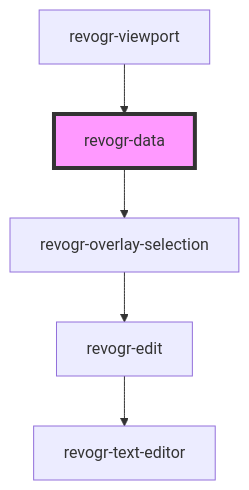
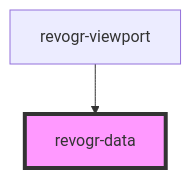
Before and after one commit to revolist/revogrid: the diagram in src/components/data/readme.md, drawn with Mermaid. The commit also changed other lines of this file and 15 other files, not shown here.

````diff
--- a/src/components/data/readme.md
+++ b/src/components/data/readme.md
@@ -45,8 +27,5 @@
 ```mermaid
 graph TD;
-  revogr-data --> revogr-overlay-selection
-  revogr-overlay-selection --> revogr-edit
-  revogr-edit --> revogr-text-editor
   revogr-viewport --> revogr-data
   style revogr-data fill:#f9f,stroke:#333,stroke-width:4px
 ```
````
